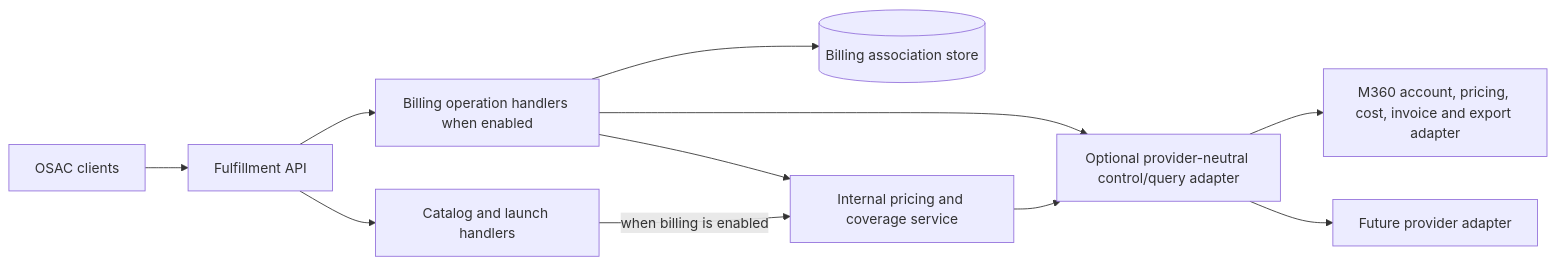
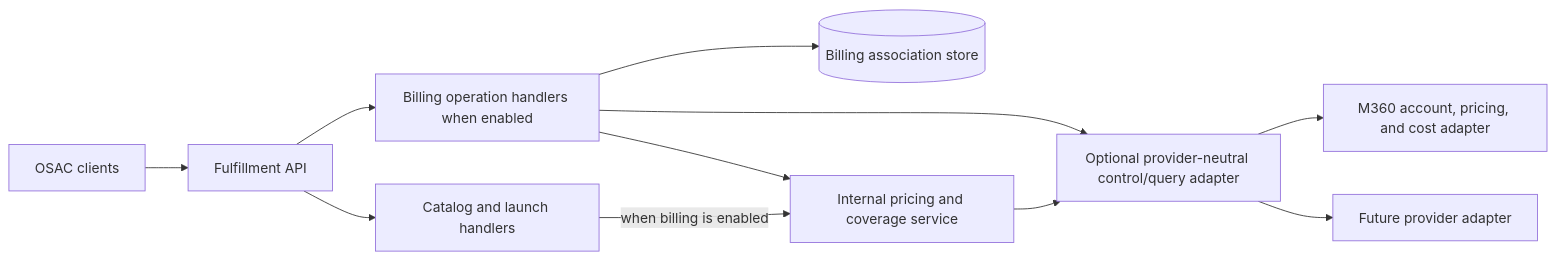
One commit to amito/enhancement-proposals changed the diagram in enhancements/OSAC-3784-billing-integration-mvp/design.md. Above: the diagram before and after it, drawn with Mermaid. The commit also changed other lines of this file, not shown here.

````diff
--- a/enhancements/OSAC-3784-billing-integration-mvp/design.md
+++ b/enhancements/OSAC-3784-billing-integration-mvp/design.md
@@ -69,13 +73,13 @@
 ```mermaid
 flowchart LR
   CLIENTS[OSAC clients] --> FAPI[Fulfillment API]
   FAPI --> BILLING[Billing operation handlers when enabled]
   FAPI --> RESOURCE[Catalog and launch handlers]
   BILLING --> STORE[(Billing association store)]
   BILLING --> CTRL[Internal pricing and coverage service]
   BILLING --> PROVIDER
   RESOURCE -->|when billing is enabled| CTRL
   CTRL --> PROVIDER[Optional provider-neutral control/query adapter]
-  PROVIDER --> M360[M360 account, pricing, cost, invoice and export adapter]
+  PROVIDER --> M360[M360 account, pricing, and cost adapter]
   PROVIDER --> OTHER[Future provider adapter]
 ```
````
